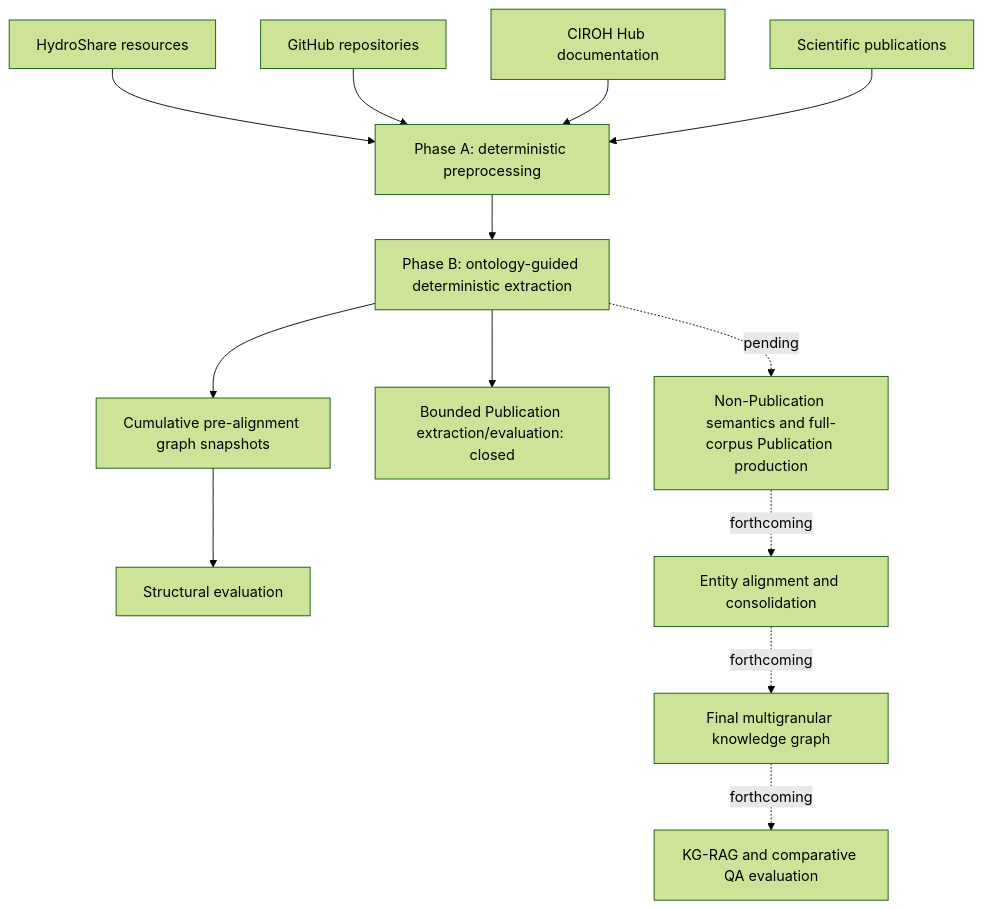
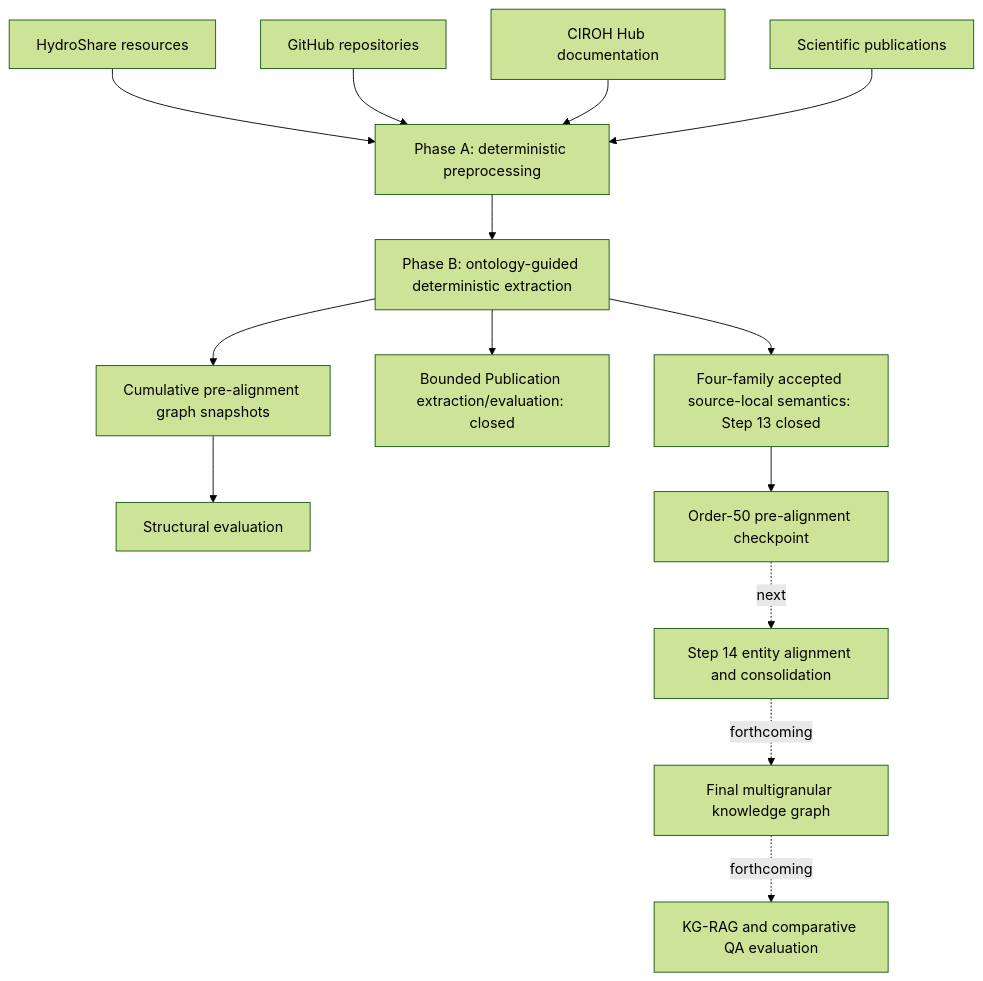
The diagram in README.md (aarm1978/Multigranular_KG-RAG), drawn with Mermaid (forest theme) before and after one commit. The commit also changed other lines of this file, not shown here.

Commit message:
docs: prepare accepted Study 2 checkpoint for integration

````diff
--- a/README.md
+++ b/README.md
@@ -45,17 +48,18 @@
 ```mermaid
 flowchart TD
     A[HydroShare resources] --> P1[Phase A: deterministic preprocessing]
     B[GitHub repositories] --> P1
     C[CIROH Hub documentation] --> P1
     D[Scientific publications] --> P1
 
     P1 --> P2[Phase B: ontology-guided deterministic extraction]
     P2 --> S[Cumulative pre-alignment graph snapshots]
     S --> E[Structural evaluation]
 
     P2 --> B1[Bounded Publication extraction/evaluation: closed]
-    P2 -. pending .-> L[Non-Publication semantics and full-corpus Publication production]
-    L -. forthcoming .-> M[Entity alignment and consolidation]
+    P2 --> L[Four-family accepted source-local semantics: Step 13 closed]
+    L --> S50[Order-50 pre-alignment checkpoint]
+    S50 -. next .-> M[Step 14 entity alignment and consolidation]
     M -. forthcoming .-> G[Final multigranular knowledge graph]
     G -. forthcoming .-> R[KG-RAG and comparative QA evaluation]
 ```
````
